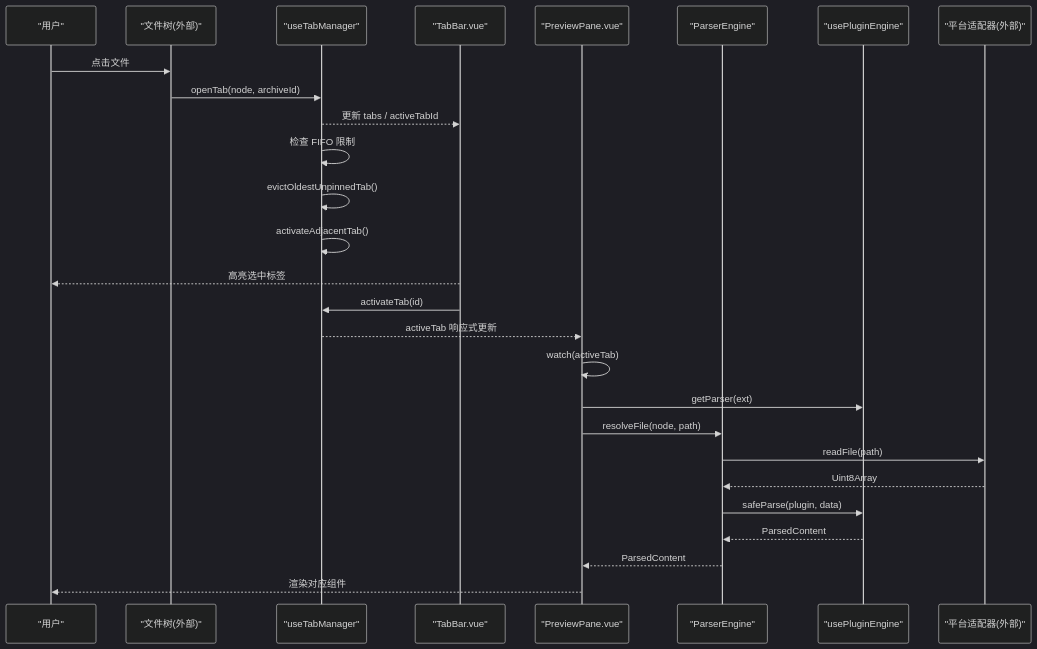
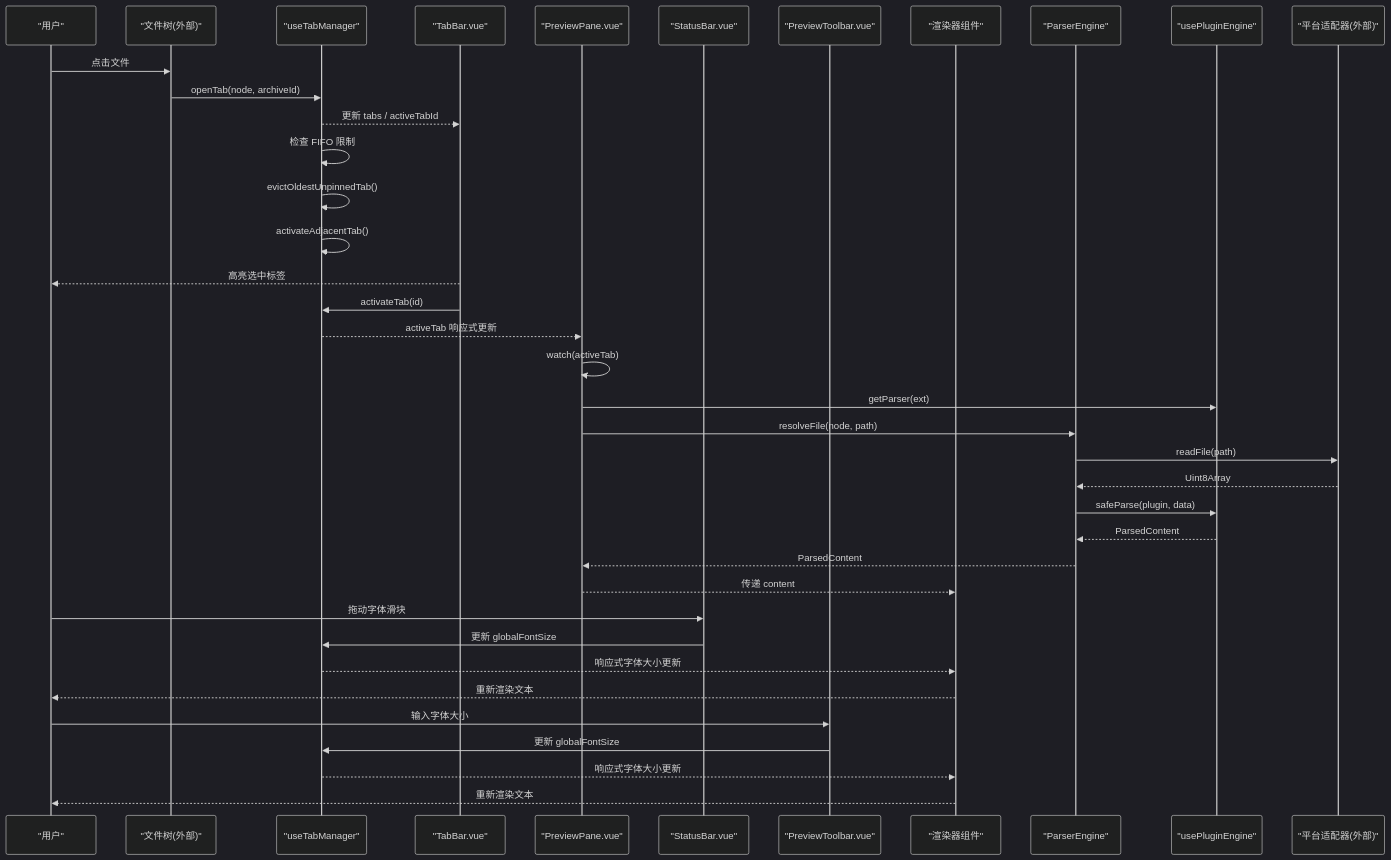
The second of 7 diagrams in .qoder/repowiki/zh/content/架构设计/数据流模式/组合式函数数据逻辑/标签页管理组合函数.md (taoweidong/Hello-Tauri), drawn with Mermaid (dark theme) before and after one commit. The commit also changed other lines of this file and 13 other files, not shown here.

````diff
--- a/.qoder/repowiki/zh/content/架构设计/数据流模式/组合式函数数据逻辑/标签页管理组合函数.md
+++ b/.qoder/repowiki/zh/content/架构设计/数据流模式/组合式函数数据逻辑/标签页管理组合函数.md
@@ -127,29 +169,40 @@
 ```mermaid
 sequenceDiagram
 participant User as "用户"
 participant Tree as "文件树(外部)"
 participant TabMgr as "useTabManager"
 participant TabBar as "TabBar.vue"
 participant Preview as "PreviewPane.vue"
+participant StatusBar as "StatusBar.vue"
+participant PreviewToolbar as "PreviewToolbar.vue"
+participant Renderer as "渲染器组件"
 participant Engine as "ParserEngine"
 participant Registry as "usePluginEngine"
 participant Adapter as "平台适配器(外部)"
 User->>Tree : 点击文件
 Tree->>TabMgr : openTab(node, archiveId)
 TabMgr-->>TabBar : 更新 tabs / activeTabId
 TabMgr->>TabMgr : 检查 FIFO 限制
 TabMgr->>TabMgr : evictOldestUnpinnedTab()
 TabMgr->>TabMgr : activateAdjacentTab()
 TabBar-->>User : 高亮选中标签
 TabBar->>TabMgr : activateTab(id)
 TabMgr-->>Preview : activeTab 响应式更新
 Preview->>Preview : watch(activeTab)
 Preview->>Registry : getParser(ext)
 Preview->>Engine : resolveFile(node, path)
 Engine->>Adapter : readFile(path)
 Adapter-->>Engine : Uint8Array
 Engine->>Registry : safeParse(plugin, data)
 Registry-->>Engine : ParsedContent
 Engine-->>Preview : ParsedContent
-Preview-->>User : 渲染对应组件
+Preview-->>Renderer : 传递 content
+User->>StatusBar : 拖动字体滑块
+StatusBar->>TabMgr : 更新 globalFontSize
+TabMgr-->>Renderer : 响应式字体大小更新
+Renderer-->>User : 重新渲染文本
+User->>PreviewToolbar : 输入字体大小
+PreviewToolbar->>TabMgr : 更新 globalFontSize
+TabMgr-->>Renderer : 响应式字体大小更新
+Renderer-->>User : 重新渲染文本
 ```
````
